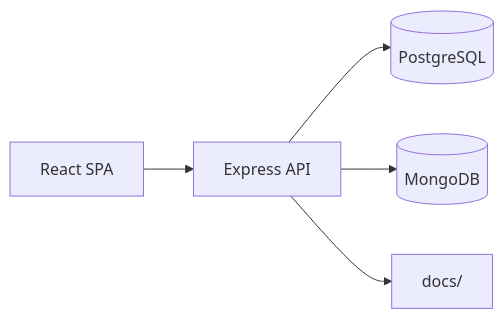
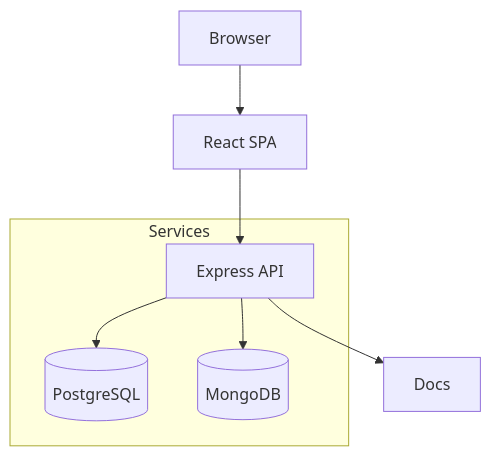
The diagram in docs/architecture.md (sajjadzea/energyiran-2), drawn with Mermaid before and after one commit. The commit also changed 3 other files, not shown here.

````diff
--- a/docs/architecture.md
+++ b/docs/architecture.md
@@ -7,7 +7,10 @@
 ```mermaid
-graph LR
-  FE[React SPA] --> BE[Express API]
-  BE --> PG[(PostgreSQL)]
-  BE --> MG[(MongoDB)]
-  BE --> Docs[docs/]
+graph TD
+  User[Browser] --> SPA[React SPA]
+  SPA --> API[Express API]
+  subgraph Services
+    API --> Postgres[(PostgreSQL)]
+    API --> Mongo[(MongoDB)]
+  end
+  API --> Docs[Docs]
 ```
````
